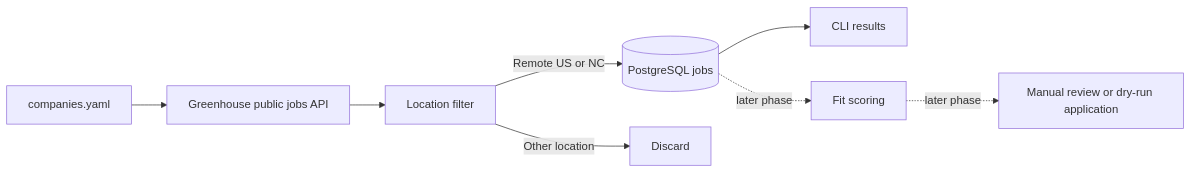
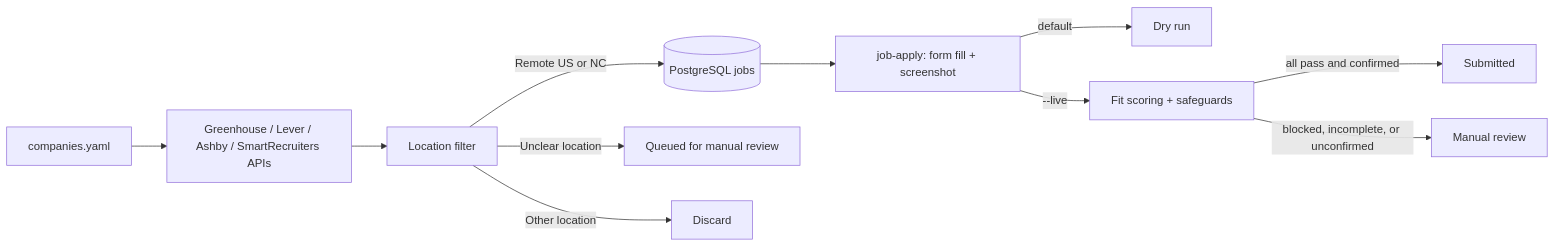
Before and after one commit to armita-jamshidi/Apply_Auto: the diagram in README.md, drawn with Mermaid. The commit also changed other lines of this file, not shown here.

First line of the commit message:
docs: update README for Phase 4 status and live-mode safeguards

````diff
--- a/README.md
+++ b/README.md
@@ -7,10 +9,13 @@
 ```mermaid
 flowchart LR
-    C[companies.yaml] --> G[Greenhouse public jobs API]
+    C[companies.yaml] --> G[Greenhouse / Lever / Ashby / SmartRecruiters APIs]
     G --> F[Location filter]
     F -->|Remote US or NC| D[(PostgreSQL jobs)]
+    F -->|Unclear location| Q[Queued for manual review]
     F -->|Other location| X[Discard]
-    D --> O[CLI results]
-    D -. later phase .-> S[Fit scoring]
-    S -. later phase .-> Q[Manual review or dry-run application]
+    D --> A[job-apply: form fill + screenshot]
+    A -->|default| R[Dry run]
+    A -->|--live| S[Fit scoring + safeguards]
+    S -->|all pass and confirmed| P[Submitted]
+    S -->|blocked, incomplete, or unconfirmed| M[Manual review]
 ```
````
